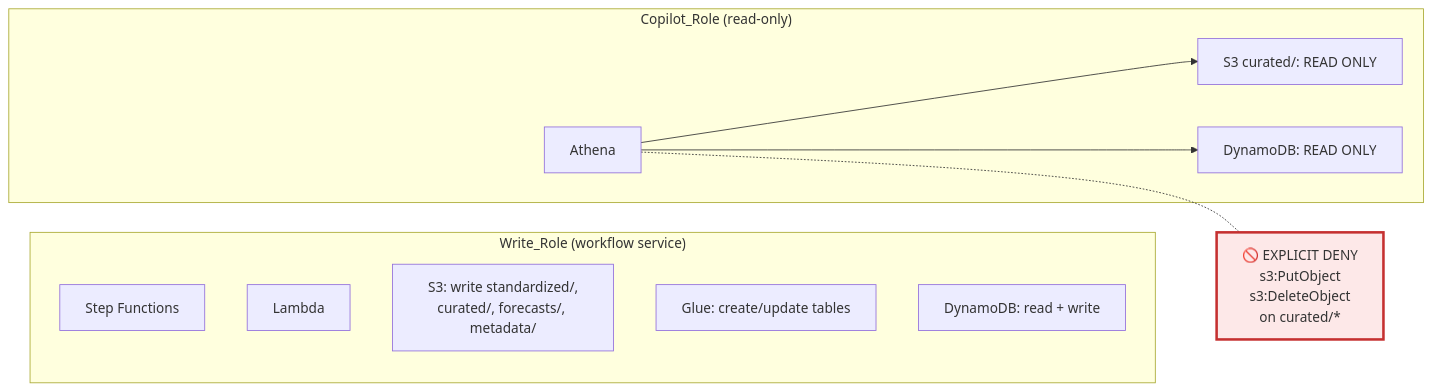
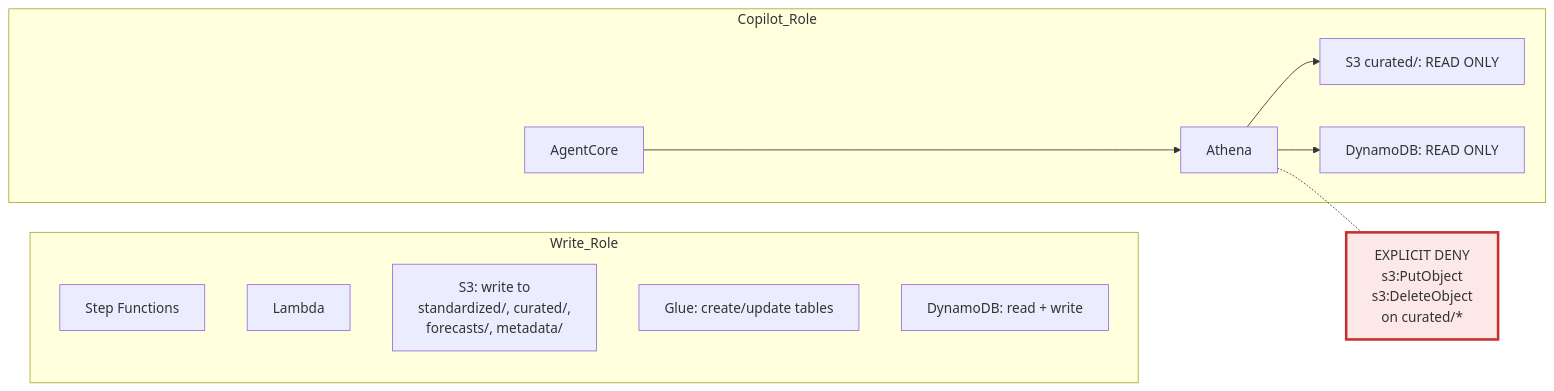
Before and after one commit to rexw713ss/aws_smartcity_hackathon: the fourth of 4 diagrams in docs/aws-architecture.md, drawn with Mermaid. The commit also changed other lines of this file, not shown here.

Commit message:
Rewrite AWS architecture as production-grade, no stage references

````diff
--- a/docs/aws-architecture.md
+++ b/docs/aws-architecture.md
@@ -135,25 +189,27 @@
 ```mermaid
 graph LR
-    subgraph Write["Write_Role (workflow service)"]
+    subgraph Write["Write_Role"]
         W_SFN["Step Functions"]
         W_LAMBDA["Lambda"]
-        W_S3["S3: write standardized/,<br/>curated/, forecasts/, metadata/"]
+        W_S3["S3: write to<br/>standardized/, curated/,<br/>forecasts/, metadata/"]
         W_GLUE["Glue: create/update tables"]
         W_DDB["DynamoDB: read + write"]
     end
 
-    subgraph Read["Copilot_Role (read-only)"]
+    subgraph Read["Copilot_Role"]
+        R_AGENT["AgentCore"]
         R_ATHENA["Athena"]
         R_S3["S3 curated/: READ ONLY"]
         R_DDB["DynamoDB: READ ONLY"]
     end
 
-    DENY["🚫 EXPLICIT DENY<br/>s3:PutObject<br/>s3:DeleteObject<br/>on curated/*"]
+    DENY["EXPLICIT DENY<br/>s3:PutObject<br/>s3:DeleteObject<br/>on curated/*"]
 
     R_ATHENA --> R_S3
+    R_AGENT --> R_ATHENA
     R_ATHENA --> R_DDB
     R_ATHENA -.- DENY
 
     classDef deny fill:#fde8e8,stroke:#c53030,stroke-width:3px
     class DENY deny
 ```
````
